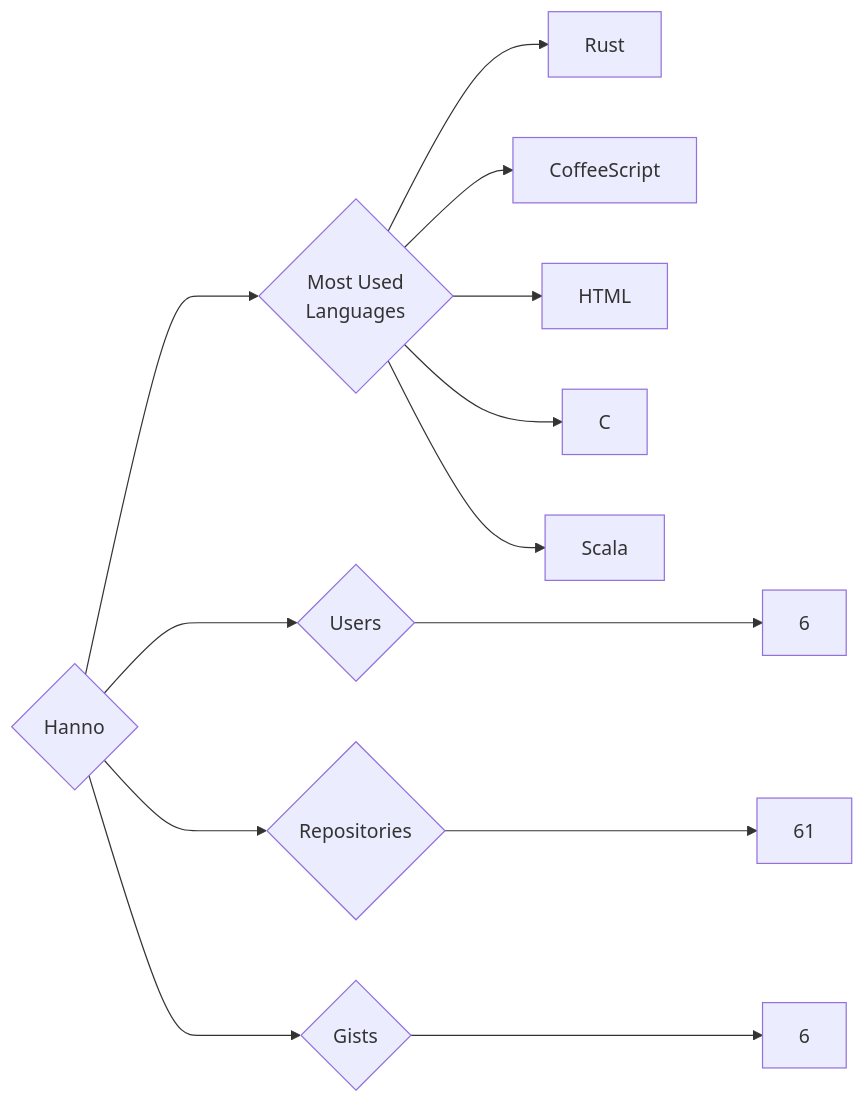
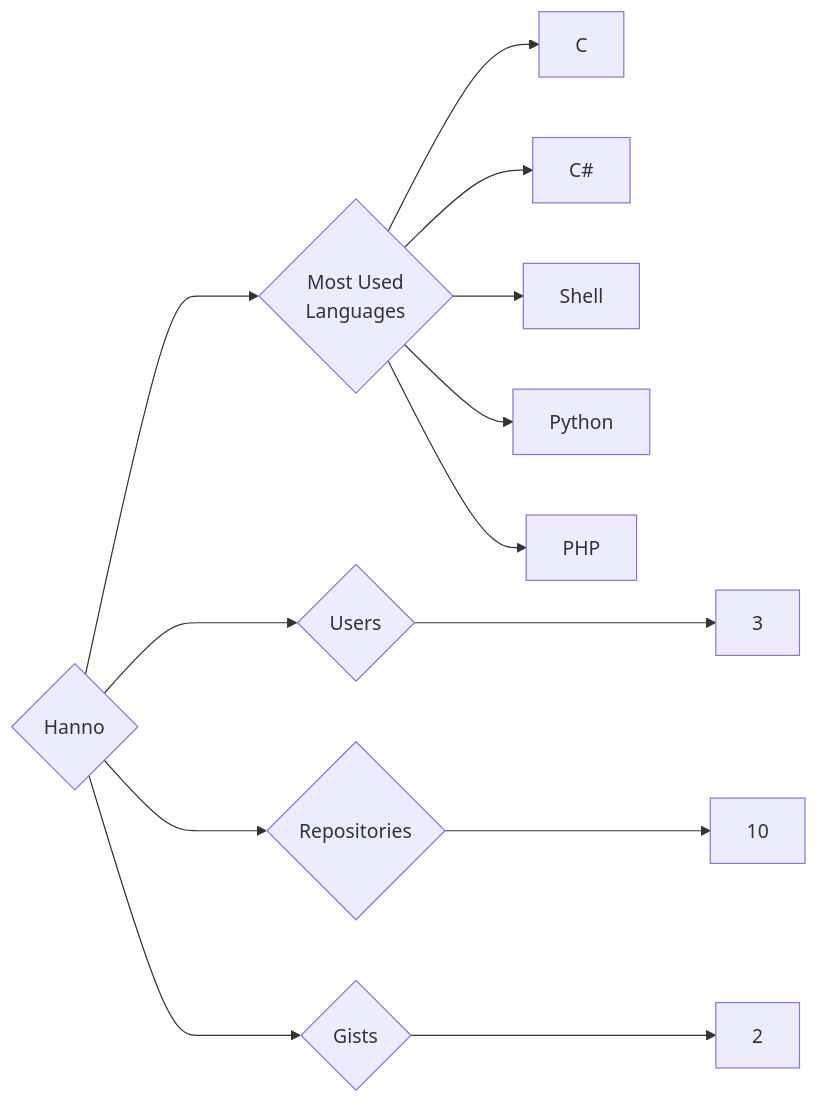
Before and after one commit to trickest/insiders: the diagram in targets/Hanno/README.md, drawn with Mermaid. The commit also changed 914 other files, not shown here.

````diff
--- a/targets/Hanno/README.md
+++ b/targets/Hanno/README.md
@@ -3,13 +3,13 @@
 ```mermaid
 graph LR
 COMPANY_NAME{Hanno}
-COMPANY_NAME ---> U{Users} ---> UN[6]
-COMPANY_NAME ---> R{Repositories} ---> RN[61]
-COMPANY_NAME ---> G{Gists} ---> GN[6]
+COMPANY_NAME ---> U{Users} ---> UN[3]
+COMPANY_NAME ---> R{Repositories} ---> RN[10]
+COMPANY_NAME ---> G{Gists} ---> GN[2]
 COMPANY_NAME ---> ML{Most Used<br>Languages}
-ML --> Rust[Rust]
-ML --> CoffeeScript[CoffeeScript]
-ML --> HTML[HTML]
 ML --> C[C]
-ML --> Scala[Scala]
+ML --> C#[C#]
+ML --> Shell[Shell]
+ML --> Python[Python]
+ML --> PHP[PHP]
 ```
````
